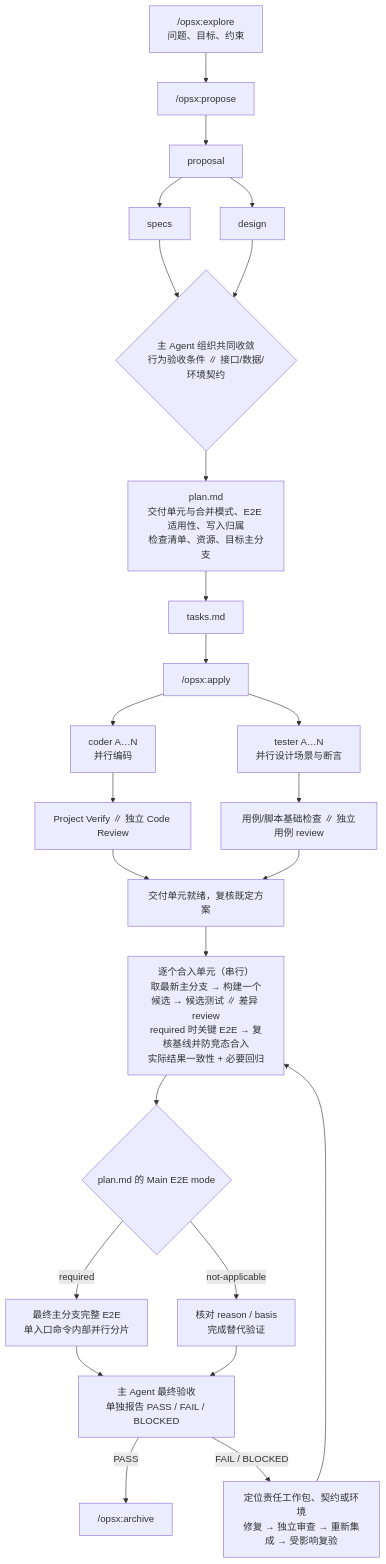
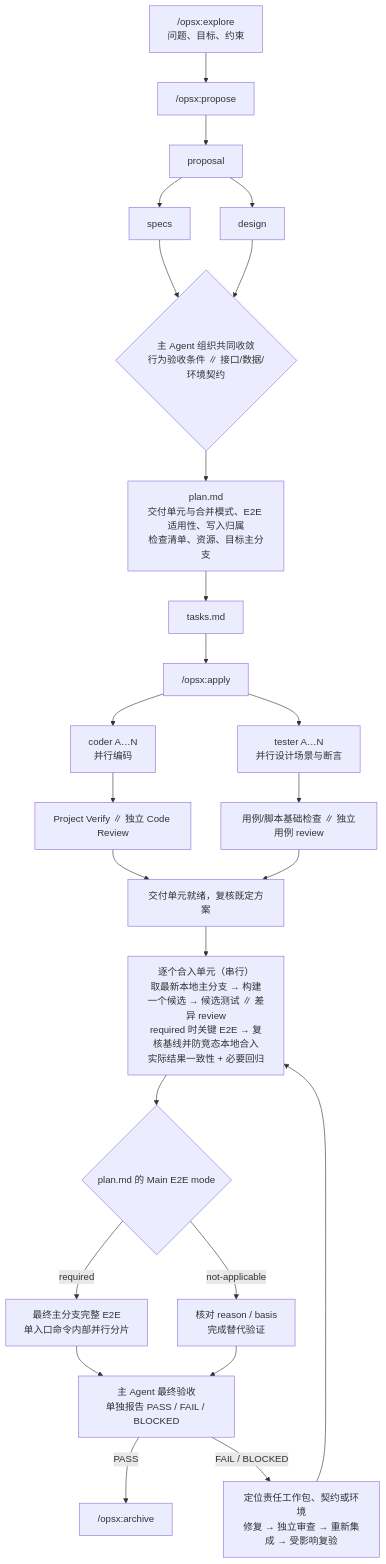
The diagram in openspec/schemas/agentic/README.md (lindongfang/acp-remote), drawn with Mermaid before and after one commit. The commit also changed other lines of this file and 12 other files, not shown here.

````diff
--- a/openspec/schemas/agentic/README.md
+++ b/openspec/schemas/agentic/README.md
@@ -79,27 +79,27 @@
 ```mermaid
 flowchart TD
   E["/opsx:explore<br/>问题、目标、约束"] --> P["/opsx:propose"]
   P --> PROP[proposal]
   PROP --> SP[specs]
   PROP --> DE[design]
   SP --> CONV{"主 Agent 组织共同收敛<br/>行为验收条件 ∥ 接口/数据/环境契约"}
   DE --> CONV
   CONV --> PLAN["plan.md<br/>交付单元与合并模式、E2E 适用性、写入归属<br/>检查清单、资源、目标主分支"]
   PLAN --> TASKS[tasks.md]
   TASKS --> AP["/opsx:apply"]
   AP --> IMPL["coder A…N<br/>并行编码"]
   AP --> TEST["tester A…N<br/>并行设计场景与断言"]
   IMPL --> V1["Project Verify ∥ 独立 Code Review"]
   TEST --> V2["用例/脚本基础检查 ∥ 独立用例 review"]
   V1 --> UNIT[交付单元就绪，复核既定方案]
   V2 --> UNIT
-  UNIT --> LOOP["逐个合入单元（串行）<br/>取最新主分支 → 构建一个候选 → 候选测试 ∥ 差异 review<br/>required 时关键 E2E → 复核基线并防竞态合入<br/>实际结果一致性 + 必要回归"]
+  UNIT --> LOOP["逐个合入单元（串行）<br/>取最新本地主分支 → 构建一个候选 → 候选测试 ∥ 差异 review<br/>required 时关键 E2E → 复核基线并防竞态本地合入<br/>实际结果一致性 + 必要回归"]
   LOOP --> MODE{"plan.md 的 Main E2E mode"}
   MODE -->|required| E2E["最终主分支完整 E2E<br/>单入口命令内部并行分片"]
   MODE -->|not-applicable| ALT["核对 reason / basis<br/>完成替代验证"]
   E2E --> FINAL["主 Agent 最终验收<br/>单独报告 PASS / FAIL / BLOCKED"]
   ALT --> FINAL
   FINAL -->|PASS| ARCH["/opsx:archive"]
   FINAL -->|FAIL / BLOCKED| FIX["定位责任工作包、契约或环境<br/>修复 → 独立审查 → 重新集成 → 受影响复验"]
   FIX --> LOOP
 ```
````
